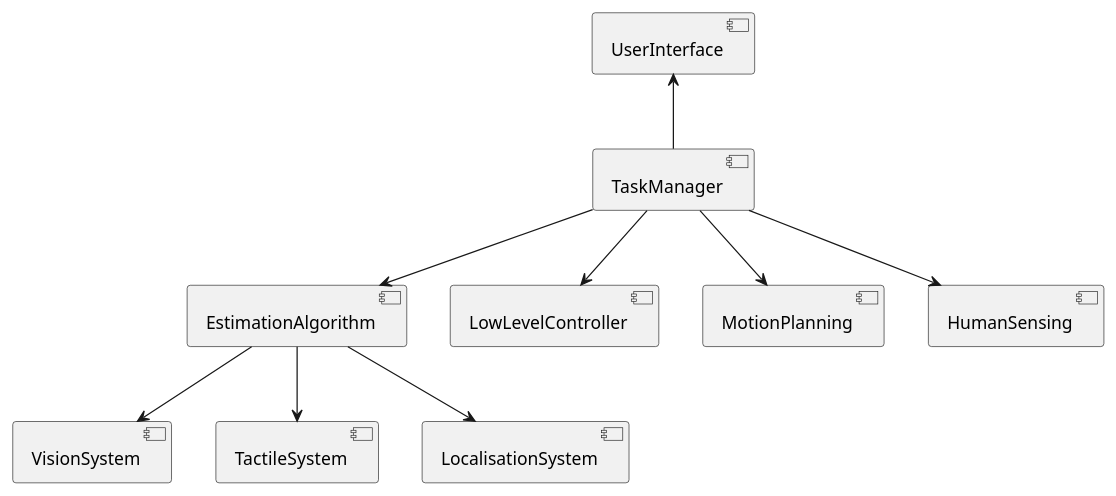
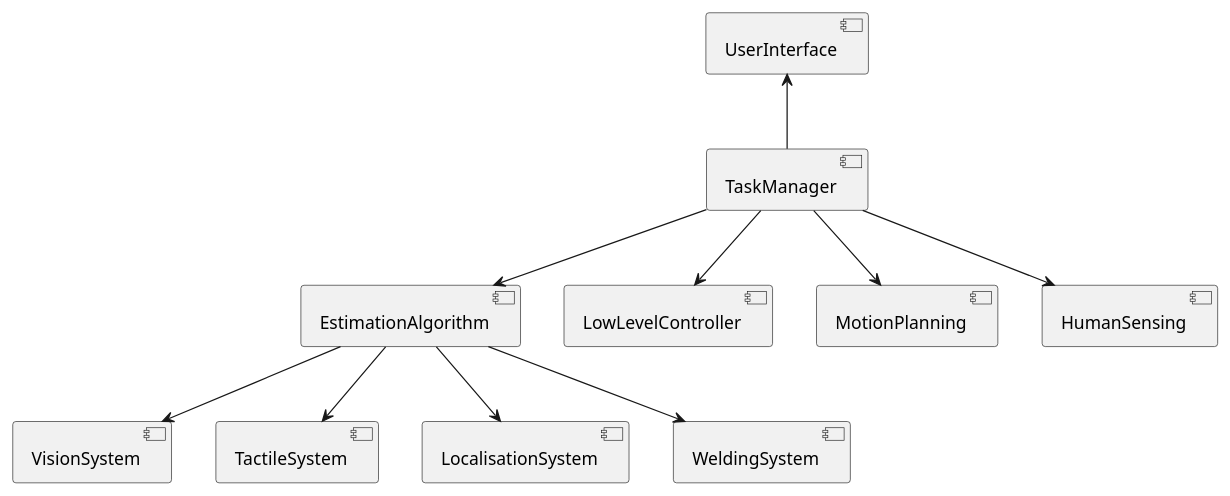
Before and after one commit to magician-project/magician-project: the third of 6 diagrams in framework.md, drawn with PlantUML. The commit also changed other lines of this file, not shown here.

First line of the commit message:
Added Welding system interface prototype

````diff
--- a/framework.md
+++ b/framework.md
@@ -139,14 +141,15 @@
 ```{plantuml}
 :width: 700px
 @startuml
 [UserInterface] <-down- [TaskManager]
 [TaskManager] --> [EstimationAlgorithm]
 [TaskManager] --> [LowLevelController]
 [TaskManager] --> [MotionPlanning]
 [TaskManager] --> [HumanSensing]
 
 [EstimationAlgorithm] --> [VisionSystem]
 [EstimationAlgorithm] --> [TactileSystem]
 [EstimationAlgorithm] --> [LocalisationSystem]
+[EstimationAlgorithm] --> [WeldingSystem]
 @enduml
 ```
````
